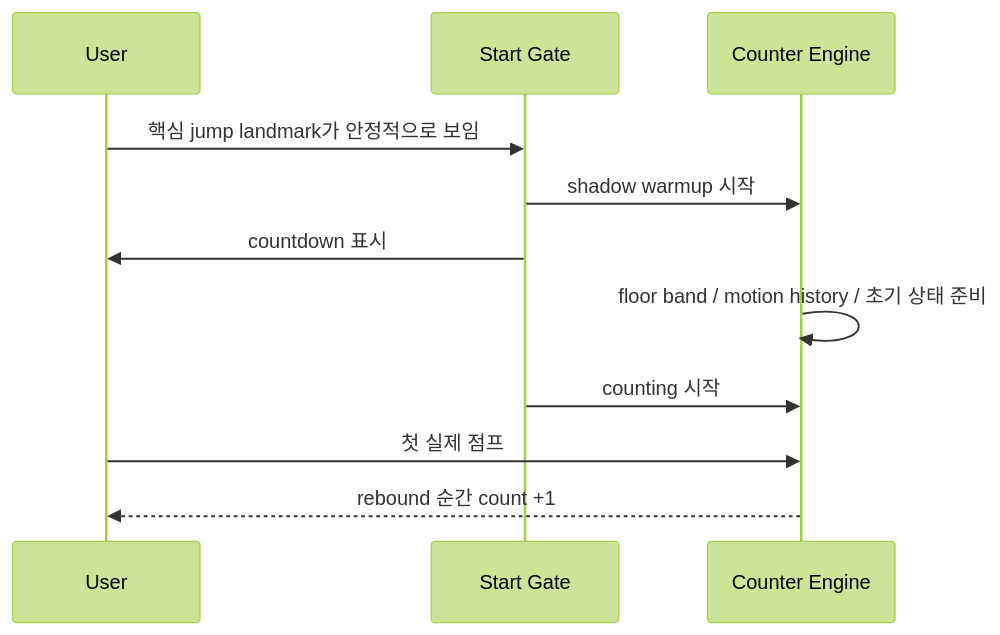
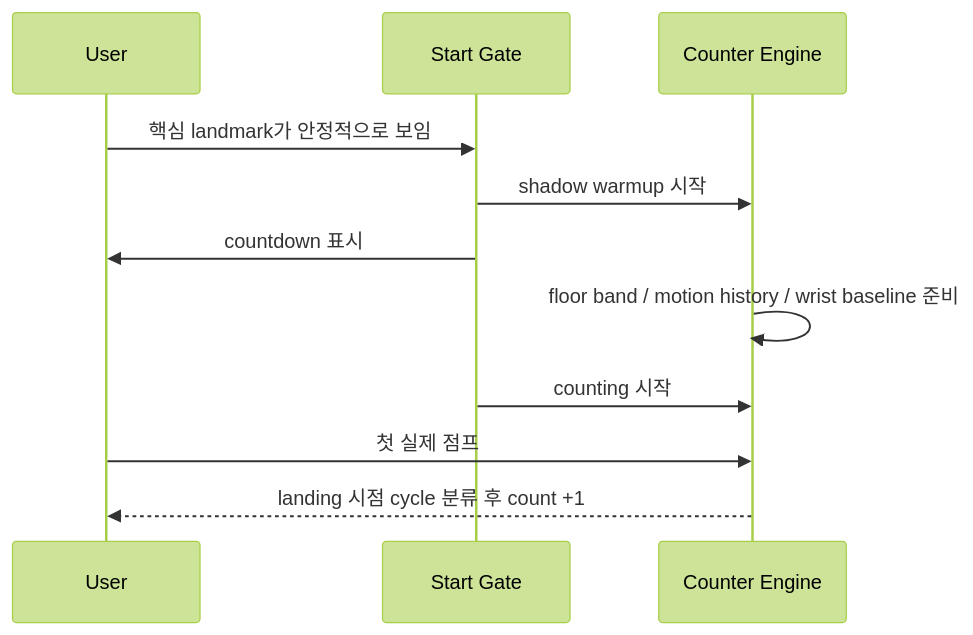
Before and after one commit to Hooneybadger/jump-rope-detector: the fifth of 5 diagrams in double_jump/README.md, drawn with Mermaid (forest theme). The commit also changed other lines of this file and 20 other files, not shown here.

````diff
--- a/double_jump/README.md
+++ b/double_jump/README.md
@@ -229,14 +201,14 @@
 ```mermaid
 sequenceDiagram
     participant U as User
     participant G as Start Gate
     participant E as Counter Engine
 
-    U->>G: 핵심 jump landmark가 안정적으로 보임
+    U->>G: 핵심 landmark가 안정적으로 보임
     G->>E: shadow warmup 시작
     G->>U: countdown 표시
-    E->>E: floor band / motion history / 초기 상태 준비
+    E->>E: floor band / motion history / wrist baseline 준비
     G->>E: counting 시작
     U->>E: 첫 실제 점프
-    E-->>U: rebound 순간 count +1
+    E-->>U: landing 시점 cycle 분류 후 count +1
 ```
````
